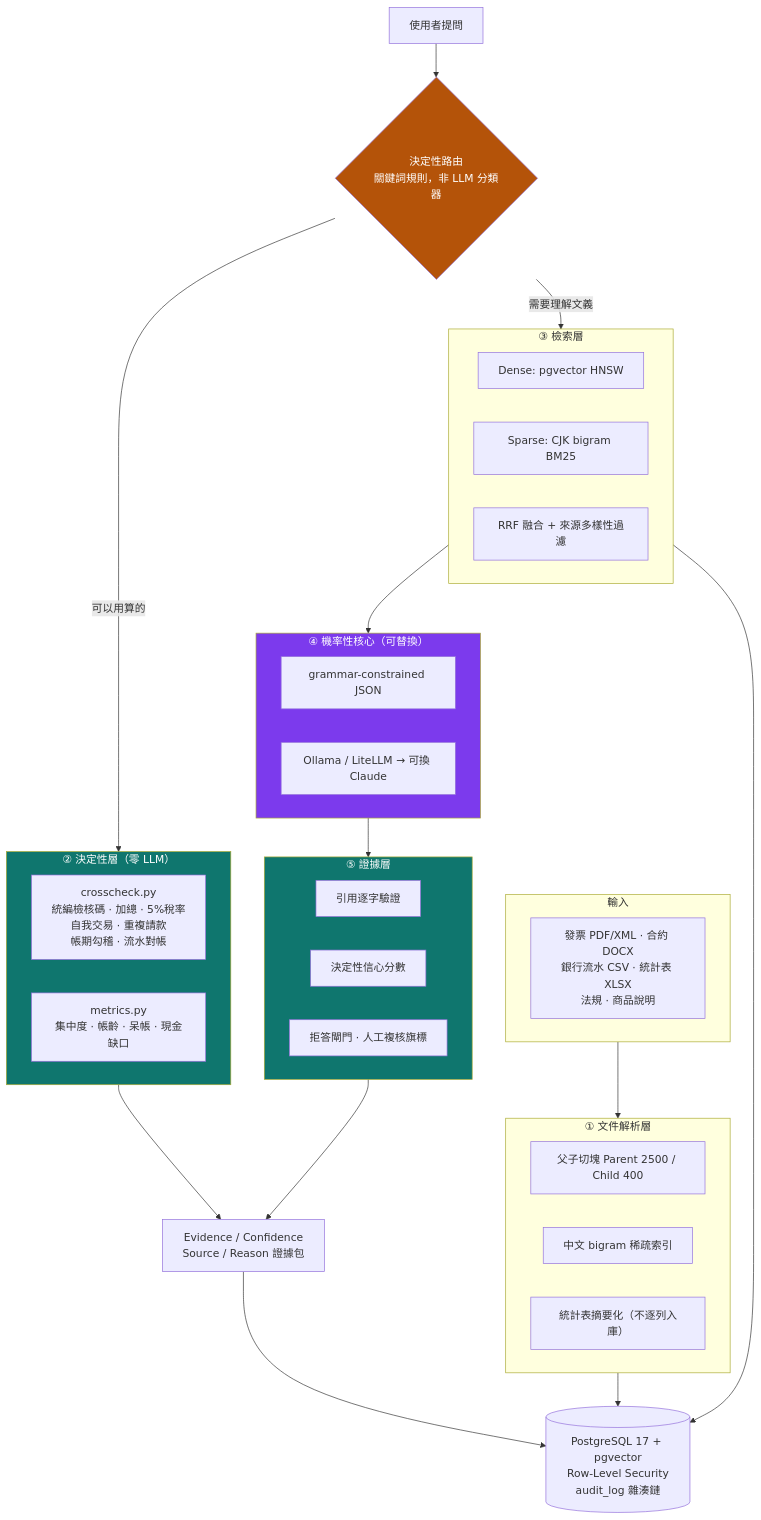
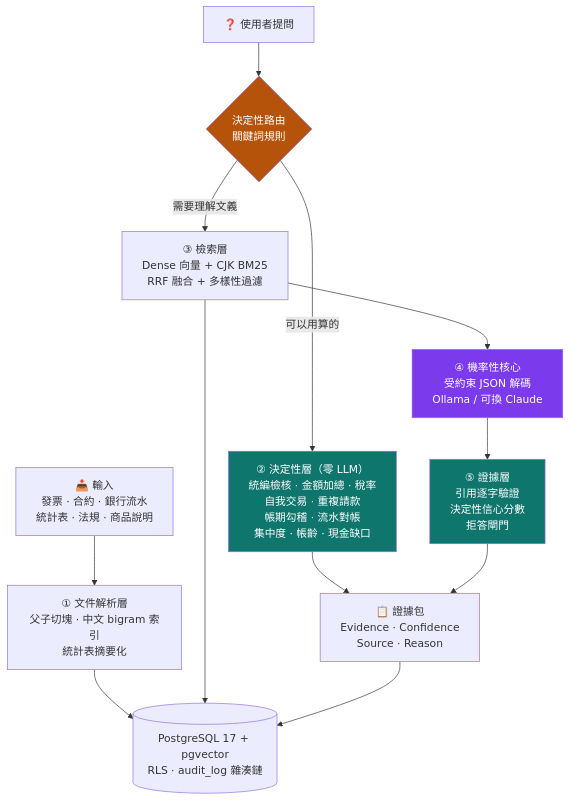
Before and after one commit to wajason/flowmind-ai: the fourth of 7 diagrams in README.md, drawn with Mermaid. The commit also changed 3 other files, not shown here.

````diff
--- a/README.md
+++ b/README.md
@@ -155,52 +155,28 @@
 ```mermaid
 flowchart TB
-    subgraph IN["輸入"]
-        I1["發票 PDF/XML · 合約 DOCX<br/>銀行流水 CSV · 統計表 XLSX<br/>法規 · 商品說明"]
-    end
-
-    subgraph PARSE["① 文件解析層"]
-        P1["父子切塊 Parent 2500 / Child 400"]
-        P2["中文 bigram 稀疏索引"]
-        P3["統計表摘要化（不逐列入庫）"]
-    end
-
-    Q[使用者提問] --> ROUTE{"決定性路由<br/>關鍵詞規則，非 LLM 分類器"}
-
-    subgraph DET["② 決定性層（零 LLM）"]
-        C1["crosscheck.py<br/>統編檢核碼 · 加總 · 5%稅率<br/>自我交易 · 重複請款<br/>帳期勾稽 · 流水對帳"]
-        C2["metrics.py<br/>集中度 · 帳齡 · 呆帳 · 現金缺口"]
-    end
-
-    subgraph RET["③ 檢索層"]
-        R1["Dense: pgvector HNSW"]
-        R2["Sparse: CJK bigram BM25"]
-        R3["RRF 融合 + 來源多樣性過濾"]
-    end
-
-    subgraph CORE["④ 機率性核心（可替換）"]
-        L1["grammar-constrained JSON"]
-        L2["Ollama / LiteLLM → 可換 Claude"]
-    end
-
-    subgraph EV["⑤ 證據層"]
-        E1["引用逐字驗證"]
-        E2["決定性信心分數"]
-        E3["拒答閘門 · 人工複核旗標"]
-    end
-
-    DB[("PostgreSQL 17 + pgvector<br/>Row-Level Security<br/>audit_log 雜湊鏈")]
+    IN["📥 輸入<br/>發票 · 合約 · 銀行流水<br/>統計表 · 法規 · 商品說明"]
+    PARSE["① 文件解析層<br/>父子切塊 · 中文 bigram 索引<br/>統計表摘要化"]
+    Q["❓ 使用者提問"]
+    ROUTE{"決定性路由<br/>關鍵詞規則"}
+    DET["② 決定性層（零 LLM）<br/>統編檢核 · 金額加總 · 稅率<br/>自我交易 · 重複請款<br/>帳期勾稽 · 流水對帳<br/>集中度 · 帳齡 · 現金缺口"]
+    RET["③ 檢索層<br/>Dense 向量 + CJK BM25<br/>RRF 融合 + 多樣性過濾"]
+    CORE["④ 機率性核心<br/>受約束 JSON 解碼<br/>Ollama / 可換 Claude"]
+    EV["⑤ 證據層<br/>引用逐字驗證<br/>決定性信心分數<br/>拒答閘門"]
+    DB[("PostgreSQL 17 + pgvector<br/>RLS · audit_log 雜湊鏈")]
+    OUT["📋 證據包<br/>Evidence · Confidence<br/>Source · Reason"]
 
     IN --> PARSE --> DB
+    Q --> ROUTE
     ROUTE -->|可以用算的| DET
     ROUTE -->|需要理解文義| RET
     RET --> DB
     RET --> CORE --> EV
-    DET --> OUT["Evidence / Confidence<br/>Source / Reason 證據包"]
+    DET --> OUT
     EV --> OUT
     OUT --> DB
 
     style DET fill:#0f766e,color:#fff
     style EV fill:#0f766e,color:#fff
     style CORE fill:#7c3aed,color:#fff
     style ROUTE fill:#b45309,color:#fff
 ```
````
